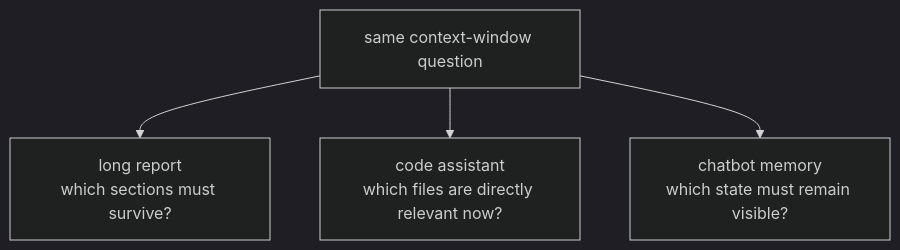
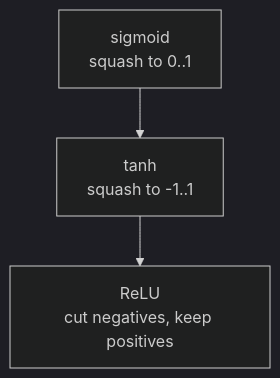
Before and after one commit to devchan64/AiBook: the diagram in docs/parts/part-05/chapter-03/section-02.md, drawn with Mermaid (dark theme). The commit also changed other lines of this file and 213 other files, not shown here.

````diff
--- a/docs/parts/part-05/chapter-03/section-02.md
+++ b/docs/parts/part-05/chapter-03/section-02.md
@@ -154,11 +102,9 @@
 ```mermaid
 flowchart TD
-  A["same context-window question"]
-  B["long report<br/>which sections must survive?"]
-  C["code assistant<br/>which files are directly relevant now?"]
-  D["chatbot memory<br/>which state must remain visible?"]
+  A["sigmoid<br/>squash to 0..1"]
+  B["tanh<br/>squash to -1..1"]
+  C["ReLU<br/>cut negatives, keep positives"]
 
   A --> B
-  A --> C
-  A --> D
+  B --> C
 ```
````
